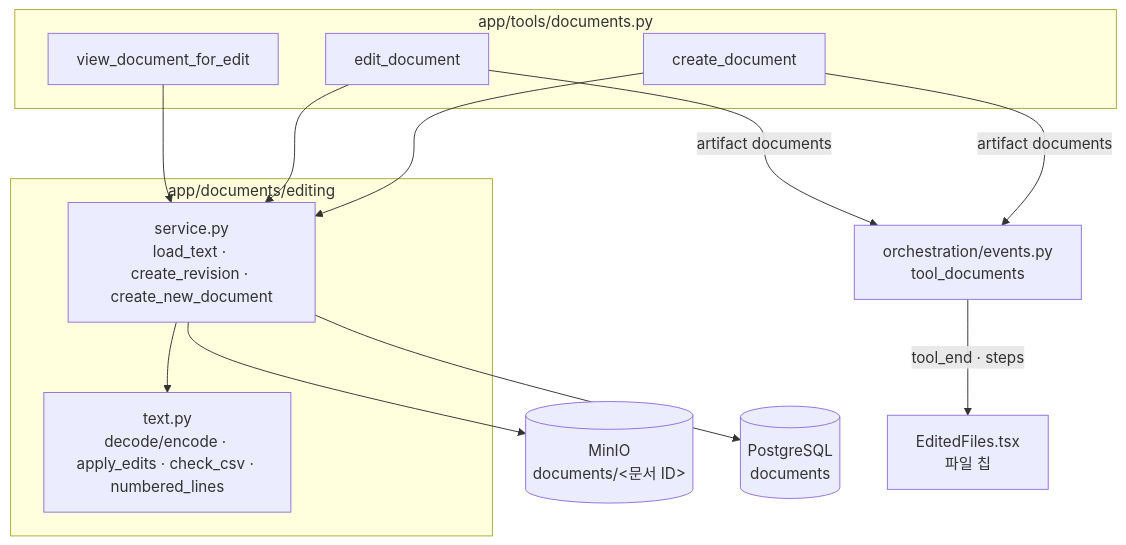
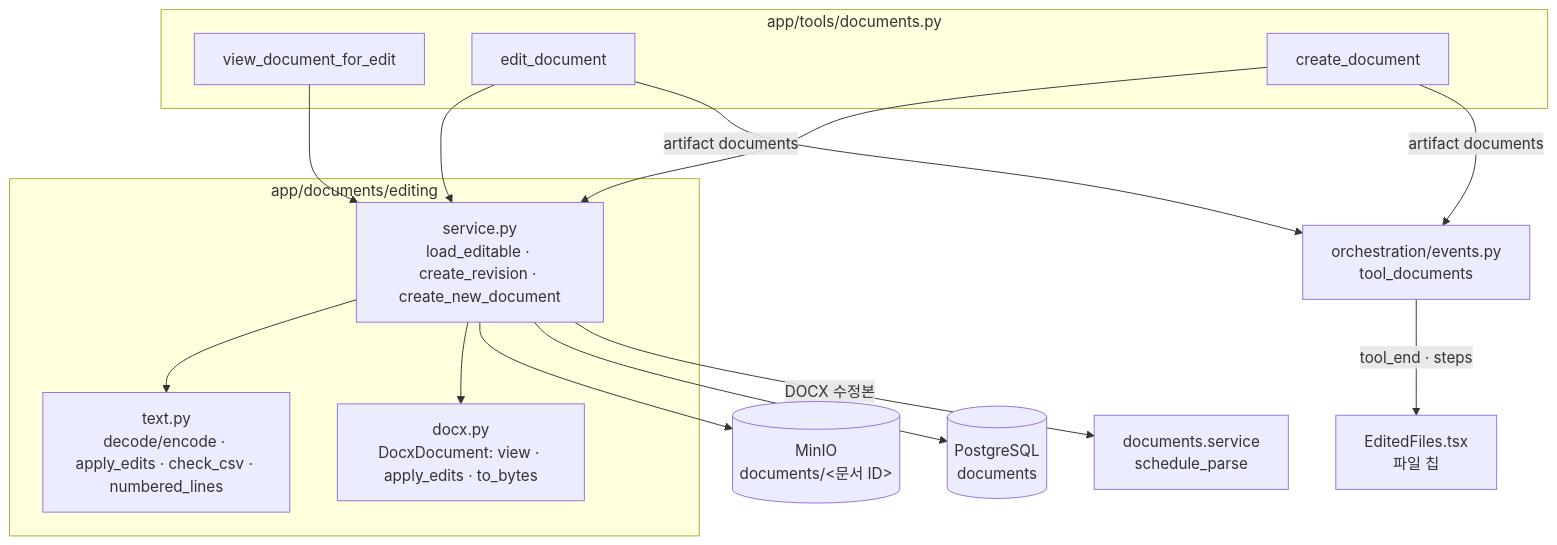
Before and after one commit to okdoittttt/apogee-deck: the second of 3 diagrams in docs/features/document-editing.md, drawn with Mermaid. The commit also changed other lines of this file and 4 other files, not shown here.

````diff
--- a/docs/features/document-editing.md
+++ b/docs/features/document-editing.md
@@ -34,22 +38,24 @@
 ```mermaid
 flowchart TB
     subgraph tools["app/tools/documents.py"]
         view["view_document_for_edit"]
         editTool["edit_document"]
         createTool["create_document"]
     end
     subgraph editing["app/documents/editing"]
-        service["service.py<br/>load_text · create_revision · create_new_document"]
+        service["service.py<br/>load_editable · create_revision · create_new_document"]
         text["text.py<br/>decode/encode · apply_edits · check_csv · numbered_lines"]
+        docx["docx.py<br/>DocxDocument: view · apply_edits · to_bytes"]
     end
     minio[("MinIO<br/>documents/&lt;문서 ID&gt;")]
     db[("PostgreSQL<br/>documents")]
     events["orchestration/events.py<br/>tool_documents"]
     chip["EditedFiles.tsx<br/>파일 칩"]
 
     view & editTool & createTool --> service
-    service --> text
+    service --> text & docx
     service --> minio & db
+    service -- "DOCX 수정본" --> parse["documents.service<br/>schedule_parse"]
     editTool & createTool -- "artifact documents" --> events
     events -- "tool_end · steps" --> chip
 ```
````
